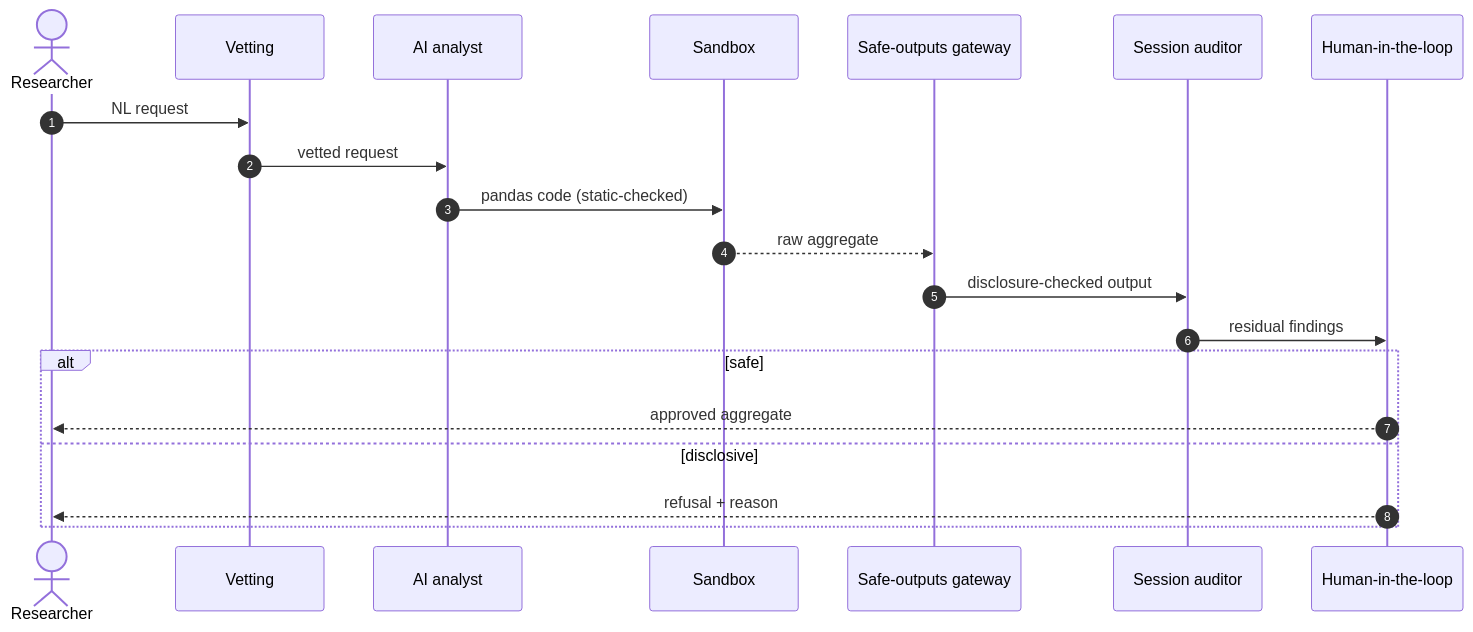
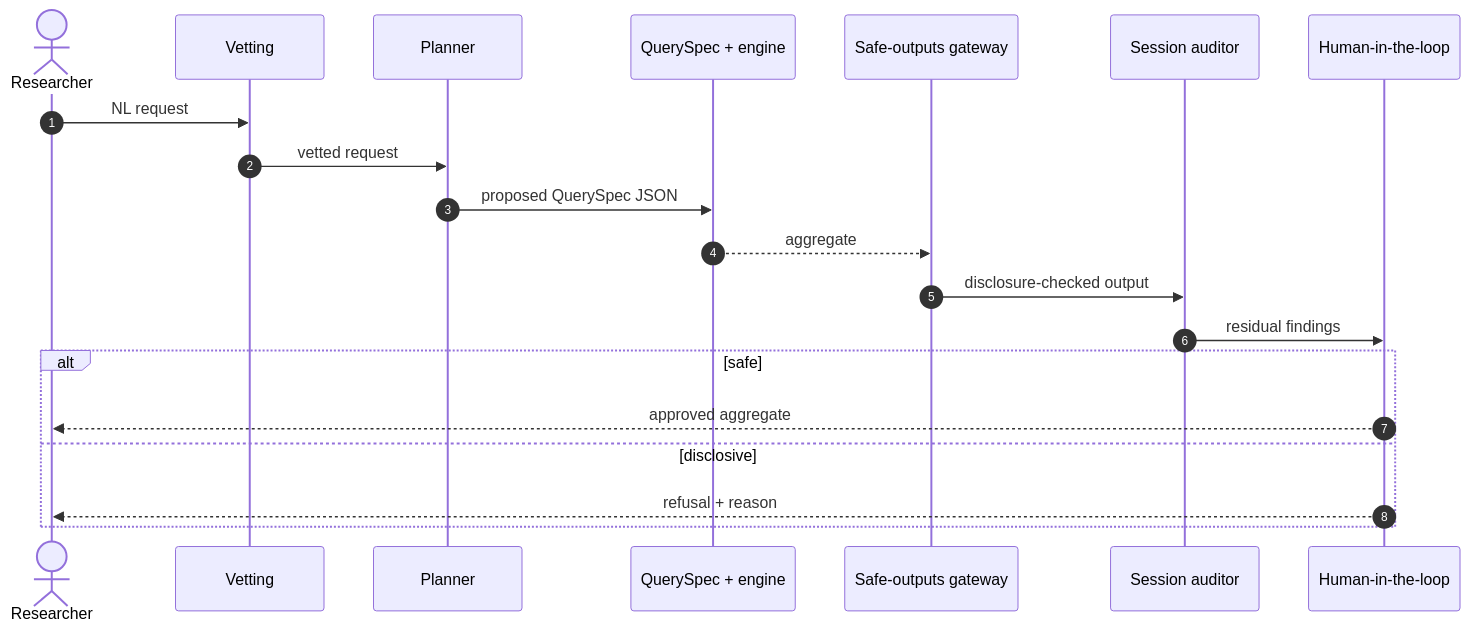
One commit to wadelab/safe-tre-agent changed the second of 3 diagrams in docs/writeup.md. Above: the diagram before and after it, drawn with Mermaid. The commit also changed other lines of this file and 23 other files, not shown here.

````diff
--- a/docs/writeup.md
+++ b/docs/writeup.md
@@ -67,22 +68,22 @@
 ```mermaid
 sequenceDiagram
     autonumber
     actor R as Researcher
     participant V as Vetting
-    participant A as AI analyst
-    participant S as Sandbox
+    participant A as Planner
+    participant S as QuerySpec + engine
     participant G as Safe-outputs gateway
     participant U as Session auditor
     participant H as Human-in-the-loop
     R->>V: NL request
     V->>A: vetted request
-    A->>S: pandas code (static-checked)
-    S-->>G: raw aggregate
+    A->>S: proposed QuerySpec JSON
+    S-->>G: aggregate
     G->>U: disclosure-checked output
     U->>H: residual findings
     alt safe
         H-->>R: approved aggregate
     else disclosive
         H-->>R: refusal + reason
     end
 ```
````
